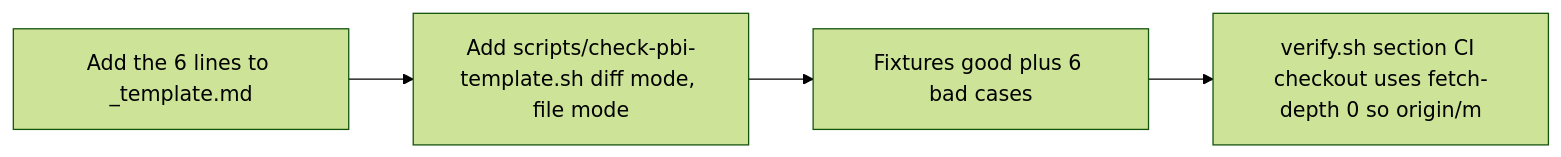
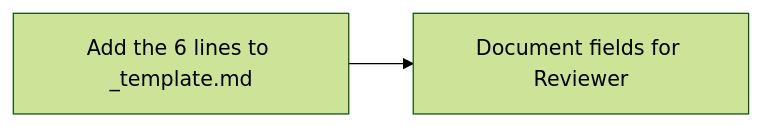
Before and after one commit to svennijhuis/agentic-workflows: the second of 2 diagrams in docs/pbi/done/TPL01-one-pbi-template.md, drawn with Mermaid (forest theme). The commit also changed other lines of this file and 986 other files, not shown here.

````diff
--- a/docs/pbi/done/TPL01-one-pbi-template.md
+++ b/docs/pbi/done/TPL01-one-pbi-template.md
@@ -55,10 +52,6 @@
 ```mermaid
 flowchart LR
   S1[Add the 6 lines to _template.md]
-  S2[Add scripts/check-pbi-template.sh diff mode, file mode]
+  S2[Document fields for Reviewer]
   S1 --> S2
-  S3[Fixtures good plus 6 bad cases]
-  S2 --> S3
-  S4[verify.sh section CI checkout uses fetch-depth 0 so origin/m]
-  S3 --> S4
 ```
````
